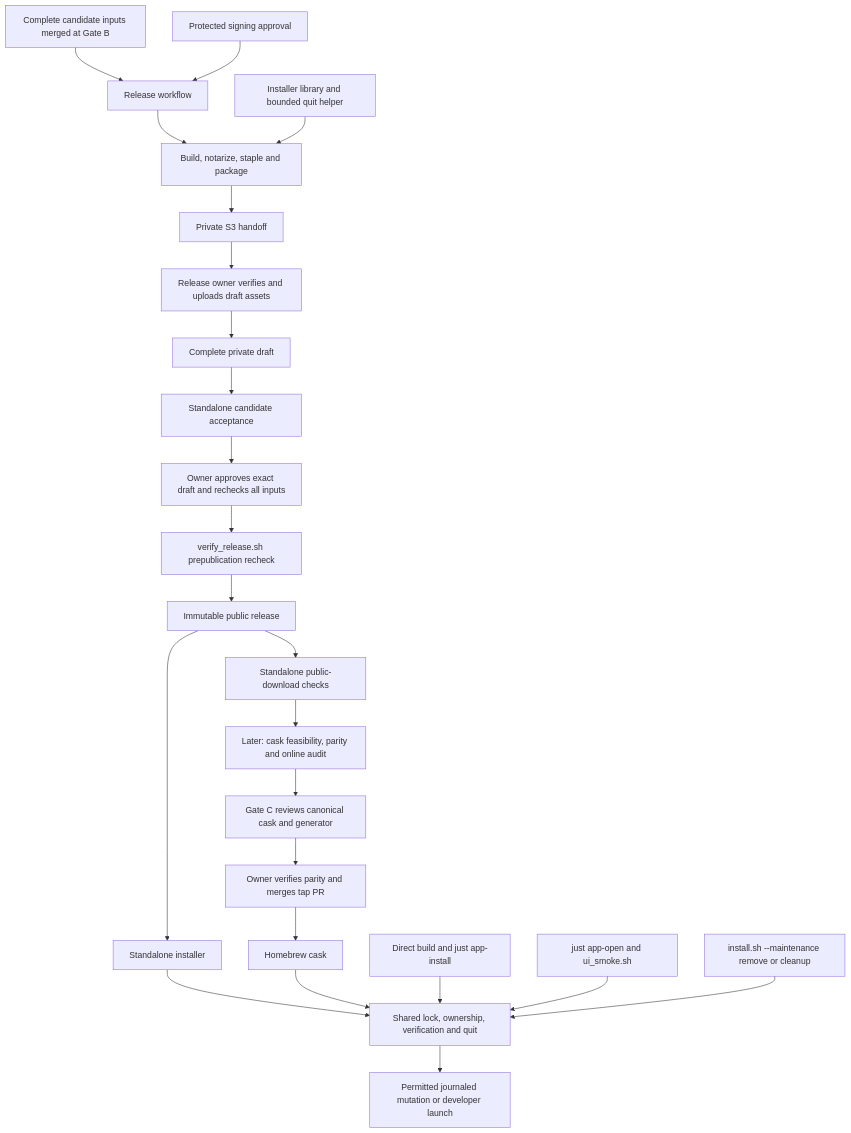
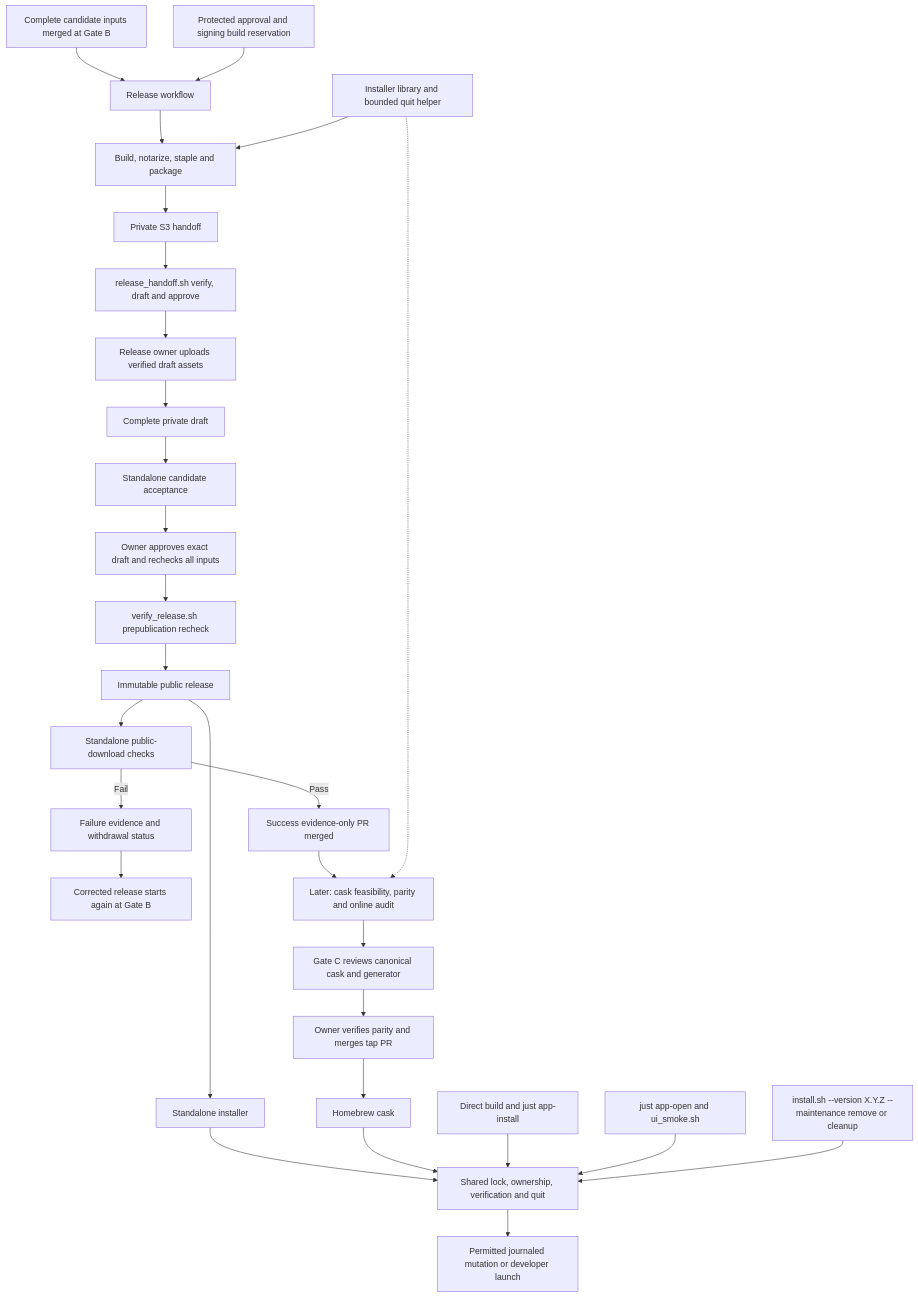
The first of 2 diagrams in docs/plans/20261117-feature-app-distribution.md (pipecat-ai/pipecat-service-toolbar), drawn with Mermaid before and after one commit. The commit also changed other lines of this file, not shown here.

````diff
--- a/docs/plans/20261117-feature-app-distribution.md
+++ b/docs/plans/20261117-feature-app-distribution.md
@@ -583,26 +825,31 @@
 ```mermaid
 graph TD
     Commit["Complete candidate inputs merged at Gate B"] --> Workflow["Release workflow"]
-    Approval["Protected signing approval"] --> Workflow
+    Approval["Protected approval and signing build reservation"] --> Workflow
     Workflow --> Package["Build, notarize, staple and package"]
     Helpers["Installer library and bounded quit helper"] --> Package
     Package --> Store["Private S3 handoff"]
-    Store --> DraftOwner["Release owner verifies and uploads draft assets"]
+    Store --> HandoffTool["release_handoff.sh verify, draft and approve"]
+    HandoffTool --> DraftOwner["Release owner uploads verified draft assets"]
     DraftOwner --> Draft["Complete private draft"]
     Draft --> Candidate["Standalone candidate acceptance"]
     Candidate --> Owner["Owner approves exact draft and rechecks all inputs"]
     Owner --> Verify["verify_release.sh prepublication recheck"]
     Verify --> Release["Immutable public release"]
     Release --> CLI["Standalone installer"]
     Release --> Public["Standalone public-download checks"]
-    Public --> BrewCheck["Later: cask feasibility, parity and online audit"]
+    Public -->|Pass| EvidencePR["Success evidence-only PR merged"]
+    Public -->|Fail| FailureRecord["Failure evidence and withdrawal status"]
+    FailureRecord --> Correction["Corrected release starts again at Gate B"]
+    EvidencePR --> BrewCheck["Later: cask feasibility, parity and online audit"]
+    Helpers -.-> BrewCheck
     BrewCheck --> GateC["Gate C reviews canonical cask and generator"]
     GateC --> Tap["Owner verifies parity and merges tap PR"]
     Tap --> Cask["Homebrew cask"]
     CLI --> Guard["Shared lock, ownership, verification and quit"]
     Cask --> Guard
     Dev["Direct build and just app-install"] --> Guard
     Open["just app-open and ui_smoke.sh"] --> Guard
-    Maint["install.sh --maintenance remove or cleanup"] --> Guard
+    Maint["install.sh --version X.Y.Z --maintenance remove or cleanup"] --> Guard
     Guard --> Install["Permitted journaled mutation or developer launch"]
 ```
````
